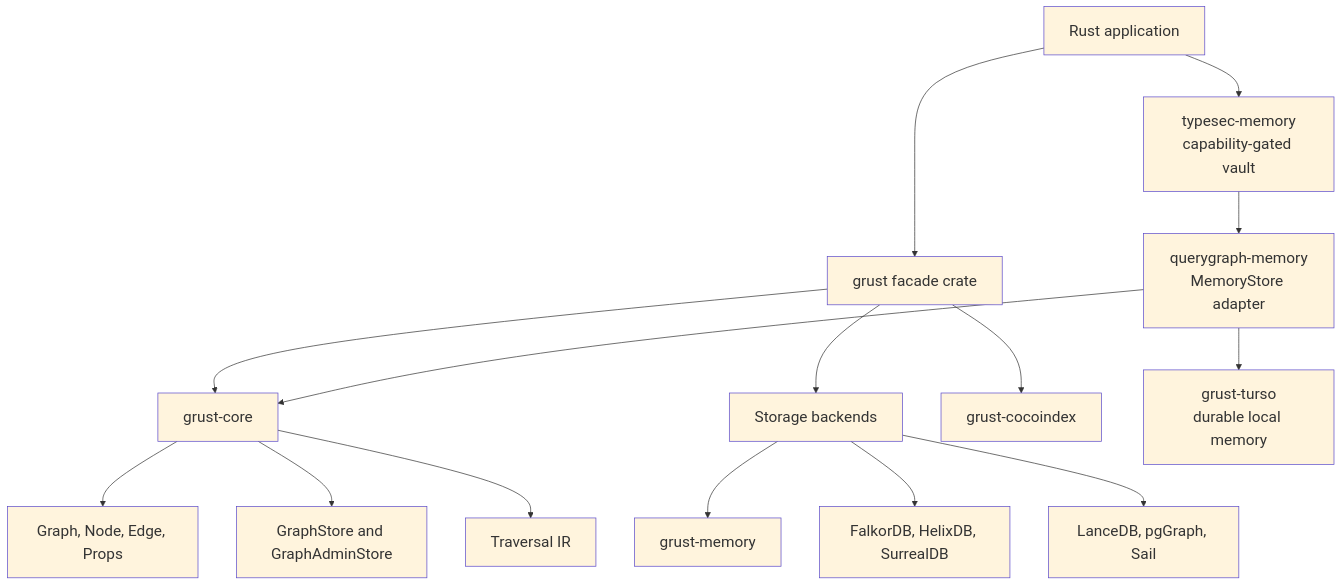
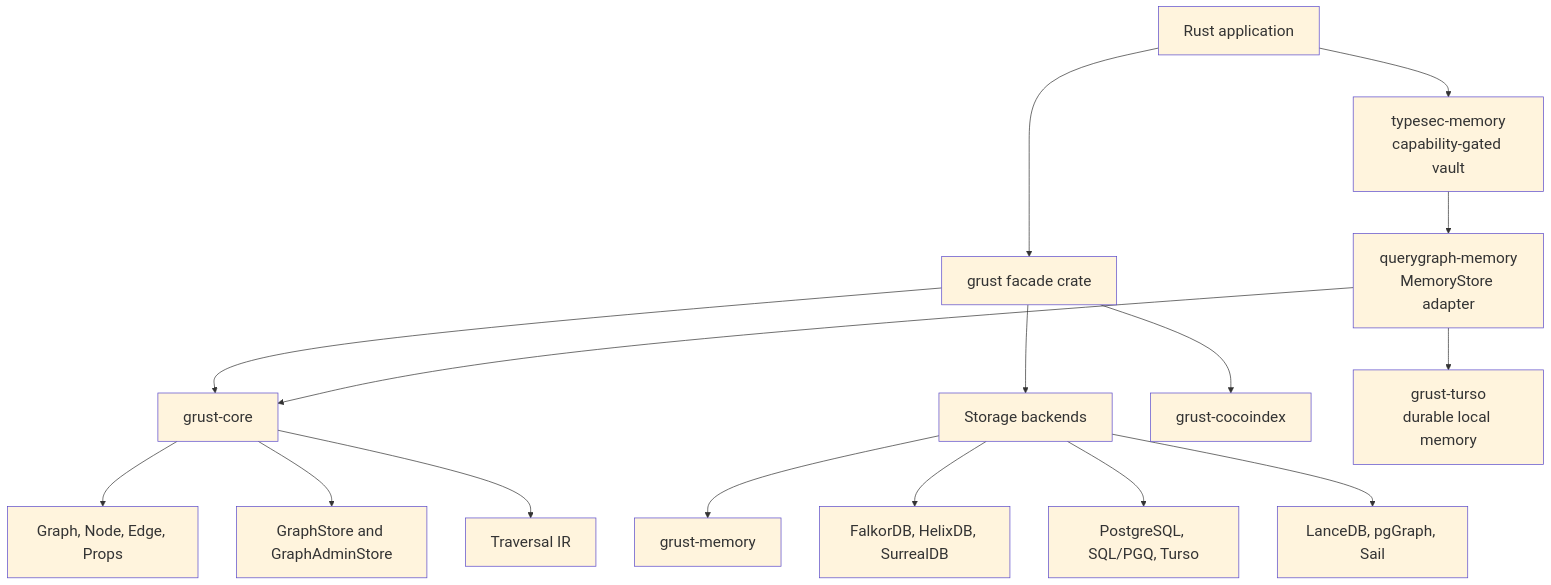
Before and after one commit to alexy/grust: the first of 7 diagrams in docs/book/manuscript.md, drawn with Mermaid. The commit also changed other lines of this file and 135 other files, not shown here.

````diff
--- a/docs/book/manuscript.md
+++ b/docs/book/manuscript.md
@@ -41,18 +42,19 @@
 ```mermaid
 %%{init: {"theme": "base", "themeVariables": {"fontSize": "22px", "fontFamily": "Arial", "primaryBorderColor": "#5b4acb", "lineColor": "#333333"}, "flowchart": {"htmlLabels": false, "nodeSpacing": 55, "rankSpacing": 60, "padding": 18}}}%%
 flowchart TB
   app["Rust application"] --> facade["grust facade crate"]
   app --> memory["typesec-memory\ncapability-gated vault"]
   facade --> core["grust-core"]
   facade --> stores["Storage backends"]
   facade --> coco["grust-cocoindex"]
   memory --> qgm["querygraph-memory\nMemoryStore adapter"]
   qgm --> core
   qgm --> turso["grust-turso\ndurable local memory"]
   core --> model["Graph, Node, Edge, Props"]
   core --> traits["GraphStore and GraphAdminStore"]
   core --> traversal["Traversal IR"]
   stores --> local["grust-memory"]
   stores --> database["FalkorDB, HelixDB, SurrealDB"]
+  stores --> rowstore["PostgreSQL, SQL/PGQ, Turso"]
   stores --> analytic["LanceDB, pgGraph, Sail"]
 ```
````
